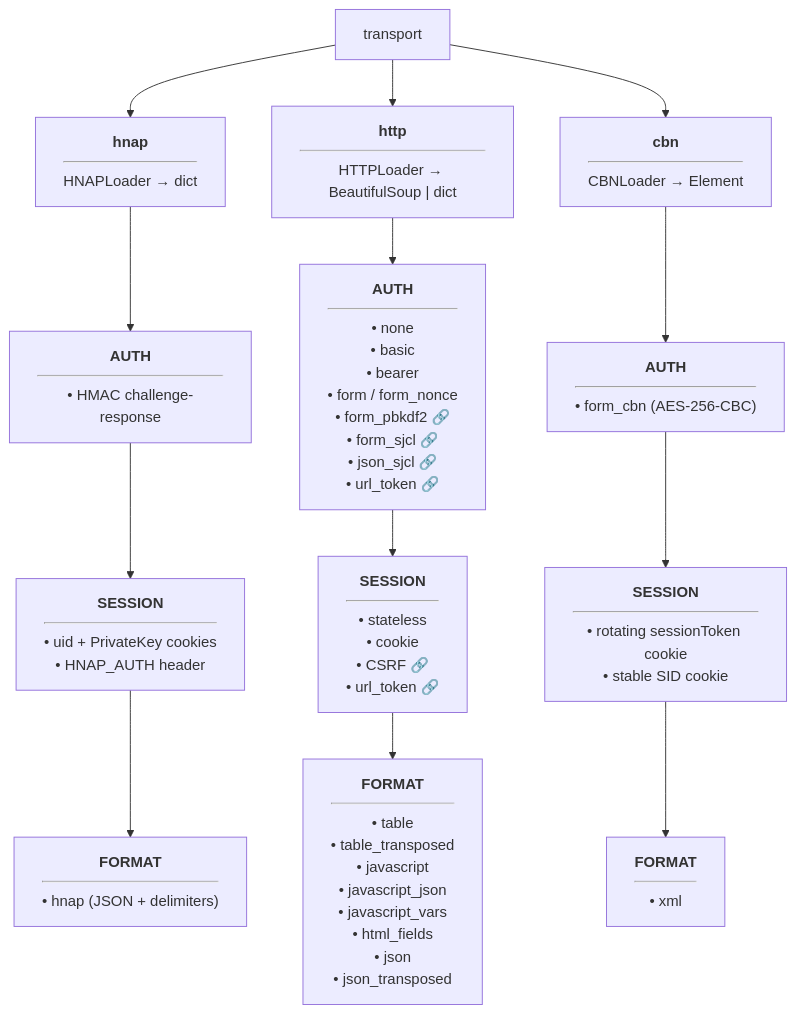
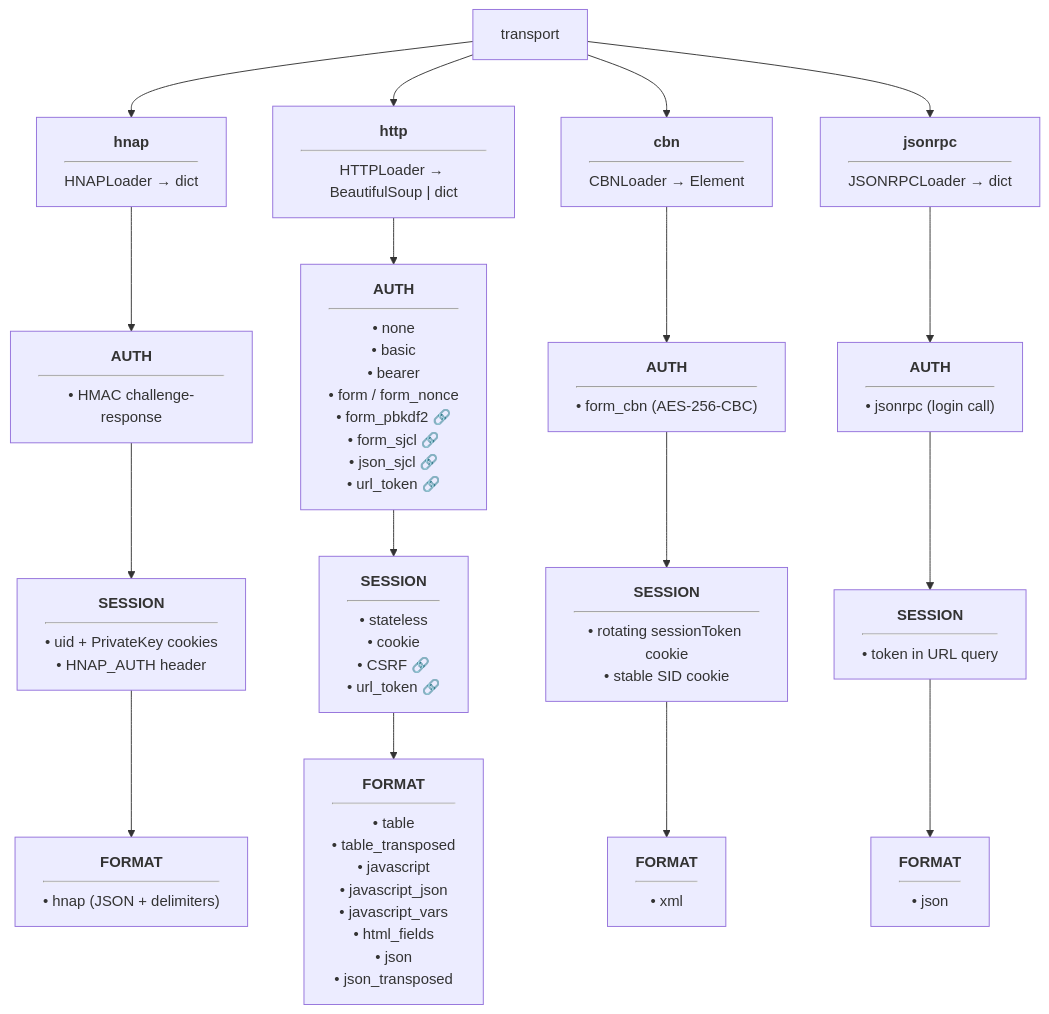
One commit to solentlabs/cable_modem_monitor changed the second of 2 diagrams in packages/cable_modem_monitor_core/docs/ARCHITECTURE.md. Above: the diagram before and after it, drawn with Mermaid. The commit also changed other lines of this file and 80 other files, not shown here.

````diff
--- a/packages/cable_modem_monitor_core/docs/ARCHITECTURE.md
+++ b/packages/cable_modem_monitor_core/docs/ARCHITECTURE.md
@@ -219,18 +219,23 @@
 ```mermaid
 graph TD
     T[transport] --> HNAP["<b>hnap</b><hr/>HNAPLoader → dict"]
     T --> HTTP["<b>http</b><hr/>HTTPLoader → BeautifulSoup | dict"]
     T --> CBN["<b>cbn</b><hr/>CBNLoader → Element"]
+    T --> JRPC["<b>jsonrpc</b><hr/>JSONRPCLoader → dict"]
 
     HNAP --> HA["<b>AUTH</b><hr/>• HMAC challenge-response"]
     HA --> HS["<b>SESSION</b><hr/>• uid + PrivateKey cookies<br/>• HNAP_AUTH header"]
     HS --> HF["<b>FORMAT</b><hr/>• hnap (JSON + delimiters)"]
 
     HTTP --> HTA["<b>AUTH</b><hr/>• none<br/>• basic<br/>• bearer<br/>• form / form_nonce<br/>• form_pbkdf2 🔗<br/>• form_sjcl 🔗<br/>• json_sjcl 🔗<br/>• url_token 🔗"]
     HTA --> HTS["<b>SESSION</b><hr/>• stateless<br/>• cookie<br/>• CSRF 🔗<br/>• url_token 🔗"]
     HTS --> HTF["<b>FORMAT</b><hr/>• table<br/>• table_transposed<br/>• javascript<br/>• javascript_json<br/>• javascript_vars<br/>• html_fields<br/>• json<br/>• json_transposed"]
 
     CBN --> CA["<b>AUTH</b><hr/>• form_cbn (AES-256-CBC)"]
     CA --> CS["<b>SESSION</b><hr/>• rotating sessionToken cookie<br/>• stable SID cookie"]
     CS --> CF["<b>FORMAT</b><hr/>• xml"]
+
+    JRPC --> JA["<b>AUTH</b><hr/>• jsonrpc (login call)"]
+    JA --> JS["<b>SESSION</b><hr/>• token in URL query"]
+    JS --> JF["<b>FORMAT</b><hr/>• json"]
 ```
````
